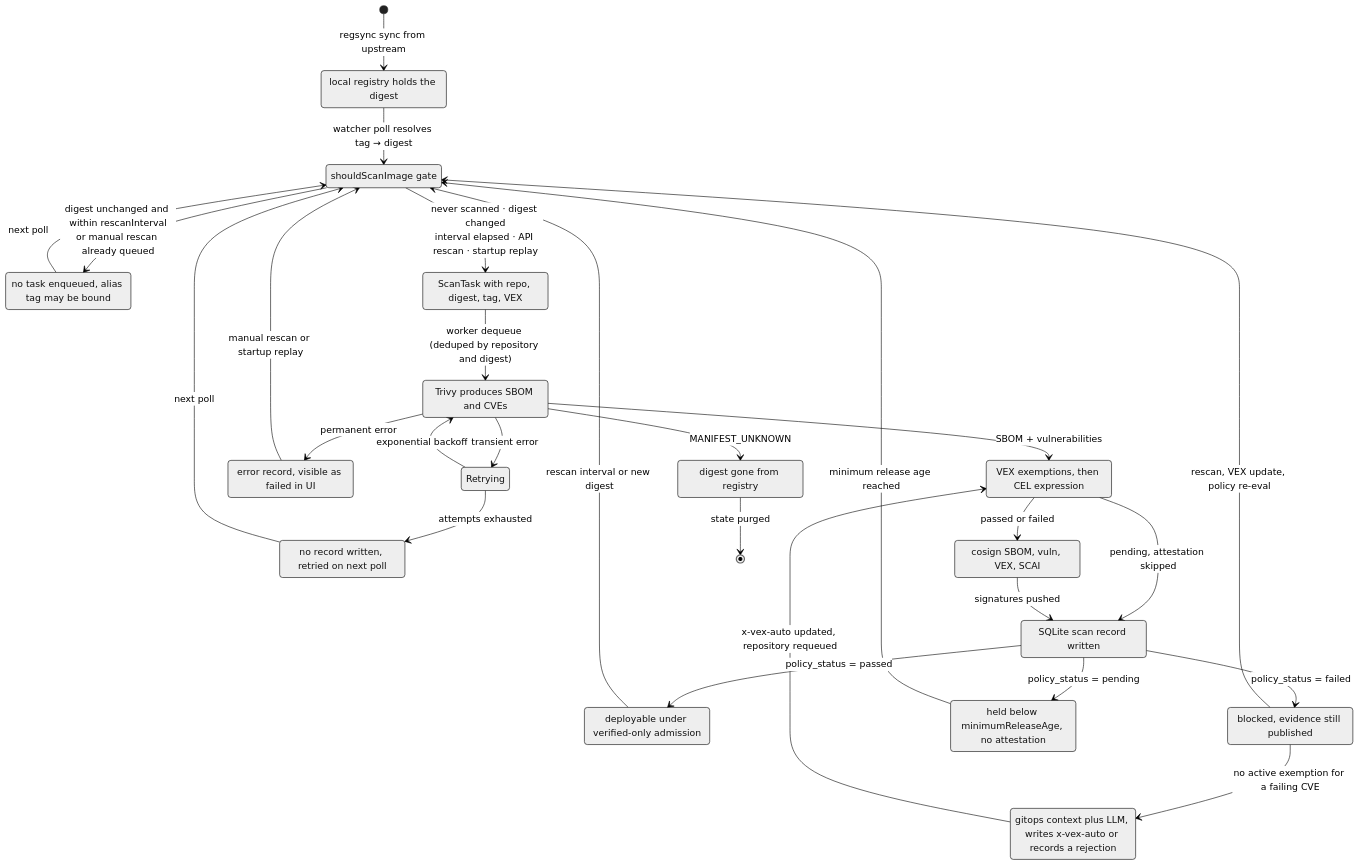
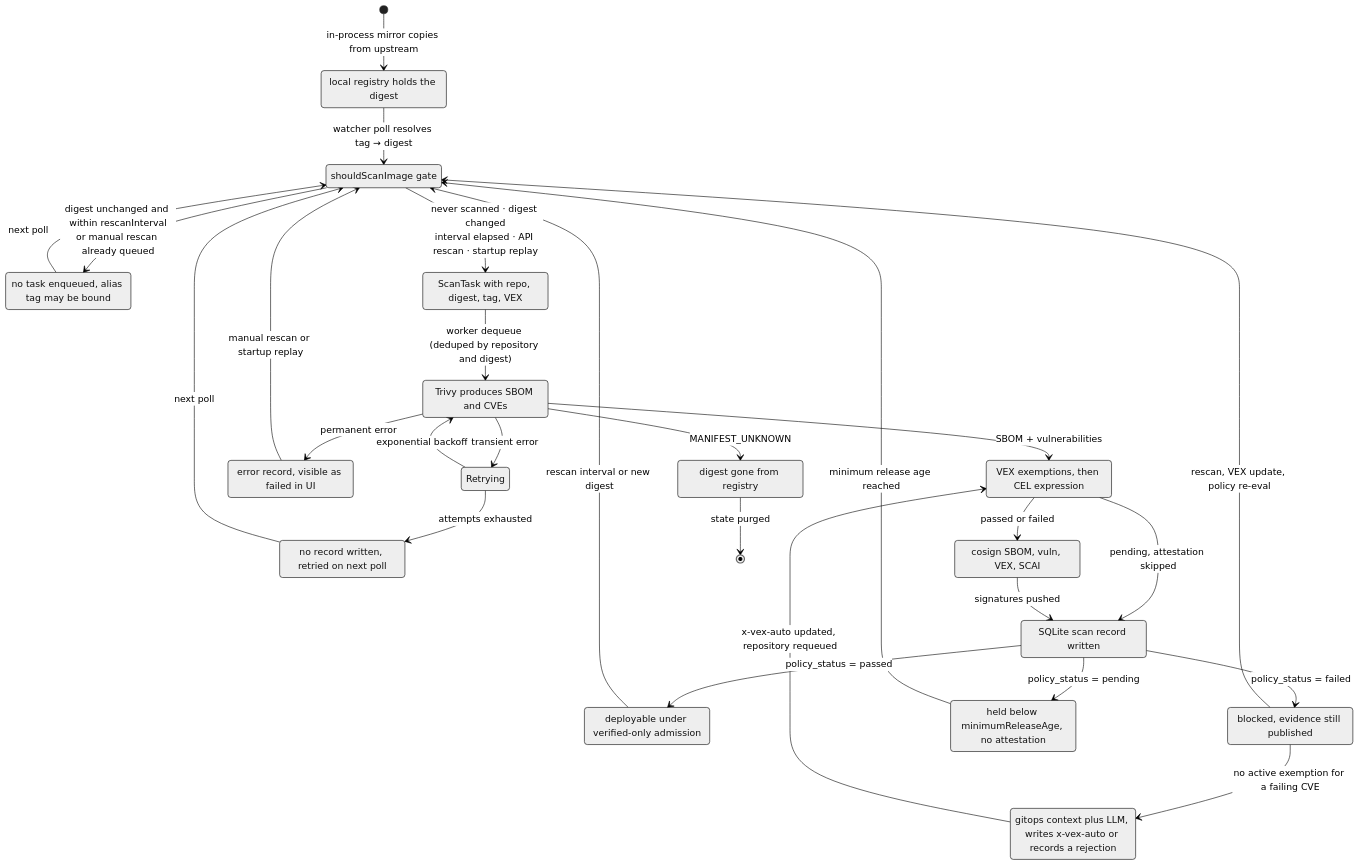
The first of 3 diagrams in docs/STATE_MACHINE.md (daimoniac/suppline), drawn with Mermaid (neutral theme) before and after one commit. The commit also changed 32 other files, not shown here.

First line of the commit message:
feat(mirror): copy images inside the suppline process

````diff
--- a/docs/STATE_MACHINE.md
+++ b/docs/STATE_MACHINE.md
@@ -7,56 +7,56 @@
 ```mermaid
 stateDiagram-v2
     direction TB
 
-    [*] --> Mirrored : regsync sync from upstream
+    [*] --> Mirrored : in-process mirror copies from upstream
 
     Mirrored --> Watched : watcher poll resolves tag → digest
 
     Watched --> Skipped : digest unchanged and within rescanInterval<br/>or manual rescan already queued
     Skipped --> Watched : next poll
 
     Watched --> Queued : never scanned · digest changed<br/>interval elapsed · API rescan · startup replay
 
     Queued --> Scanning : worker dequeue (deduped by repository and digest)
 
     Scanning --> Retrying : transient error
     Retrying --> Scanning : exponential backoff
     Retrying --> Abandoned : attempts exhausted
     Scanning --> ScanFailed : permanent error
     Scanning --> Vanished : MANIFEST_UNKNOWN
 
     Scanning --> Evaluating : SBOM + vulnerabilities
 
     Evaluating --> Attesting : passed or failed
     Evaluating --> Persisted : pending, attestation skipped
     Attesting --> Persisted : signatures pushed
 
     Persisted --> Passed : policy_status = passed
     Persisted --> Failed : policy_status = failed
     Persisted --> Pending : policy_status = pending
 
     Passed --> Watched : rescan interval or new digest
     Failed --> Watched : rescan, VEX update, policy re-eval
     Failed --> Triage : no active exemption for a failing CVE
     Triage --> Evaluating : x-vex-auto updated, repository requeued
     Pending --> Watched : minimum release age reached
     ScanFailed --> Watched : manual rescan or startup replay
     Abandoned --> Watched : next poll
     Vanished --> [*] : state purged
 
     Mirrored : local registry holds the digest
     Watched : shouldScanImage gate
     Skipped : no task enqueued, alias tag may be bound
     Queued : ScanTask with repo, digest, tag, VEX
     Scanning : Trivy produces SBOM and CVEs
     Evaluating : VEX exemptions, then CEL expression
     Attesting : cosign SBOM, vuln, VEX, SCAI
     Persisted : SQLite scan record written
     Passed : deployable under verified-only admission
     Failed : blocked, evidence still published
     Triage : gitops context plus LLM, writes x-vex-auto or records a rejection
     Pending : held below minimumReleaseAge, no attestation
     ScanFailed : error record, visible as failed in UI
     Abandoned : no record written, retried on next poll
     Vanished : digest gone from registry
 ```
````
